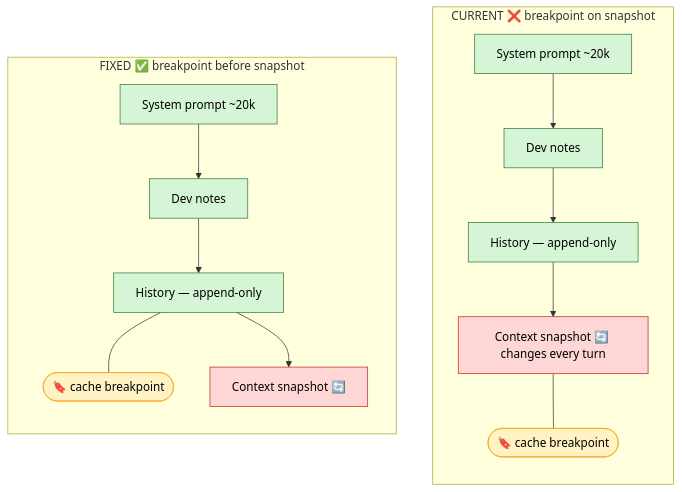
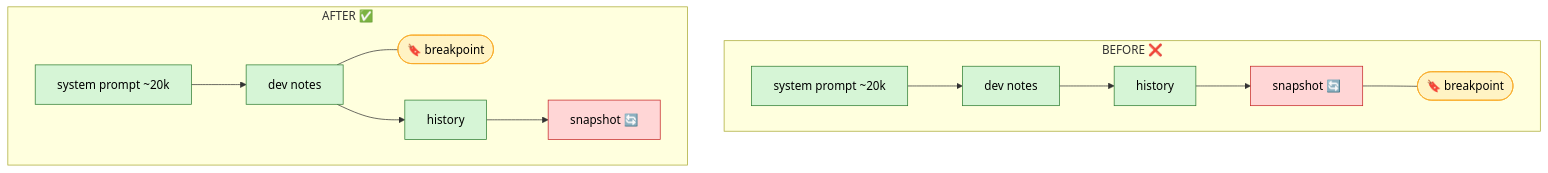
One commit to hazelgrove/hazel changed the diagram in docs/prompt-caching-findings.md. Above: the diagram before and after it, drawn with Mermaid. The commit also changed other lines of this file, not shown here.

Commit message:
docs(agent): condense prompt-caching findings into a short fix report

````diff
--- a/docs/prompt-caching-findings.md
+++ b/docs/prompt-caching-findings.md
@@ -49,24 +15,15 @@
 ```mermaid
 flowchart TB
-    subgraph now["CURRENT ❌ breakpoint on snapshot"]
-        direction TB
-        a1["System prompt ~20k"]:::stable
-        a2["Dev notes"]:::stable
-        a3["History — append-only"]:::stable
-        a4["Context snapshot 🔄 changes every turn"]:::volatile
-        a1 --> a2 --> a3 --> a4
-        a4 --- abp(["🔖 cache breakpoint"]):::bp
+    subgraph now["BEFORE ❌"]
+        a1["system prompt ~20k"]:::s --> a2["dev notes"]:::s --> a3["history"]:::s --> a4["snapshot 🔄"]:::v
+        a4 --- abp(["🔖 breakpoint"]):::bp
     end
-    subgraph fix["FIXED ✅ breakpoint before snapshot"]
-        direction TB
-        b1["System prompt ~20k"]:::stable
-        b2["Dev notes"]:::stable
-        b3["History — append-only"]:::stable
-        b3 --- bbp(["🔖 cache breakpoint"]):::bp
-        b4["Context snapshot 🔄"]:::volatile
-        b1 --> b2 --> b3 --> b4
+    subgraph fix["AFTER ✅"]
+        b1["system prompt ~20k"]:::s --> b2["dev notes"]:::s
+        b2 --- bbp(["🔖 breakpoint"]):::bp
+        b2 --> b3["history"]:::s --> b4["snapshot 🔄"]:::v
     end
-    classDef stable fill:#d6f5d6,stroke:#2e7d32,color:#000;
-    classDef volatile fill:#ffd6d6,stroke:#c62828,color:#000;
+    classDef s fill:#d6f5d6,stroke:#2e7d32,color:#000;
+    classDef v fill:#ffd6d6,stroke:#c62828,color:#000;
     classDef bp fill:#fff3c4,stroke:#f9a825,color:#000;
 ```
````
